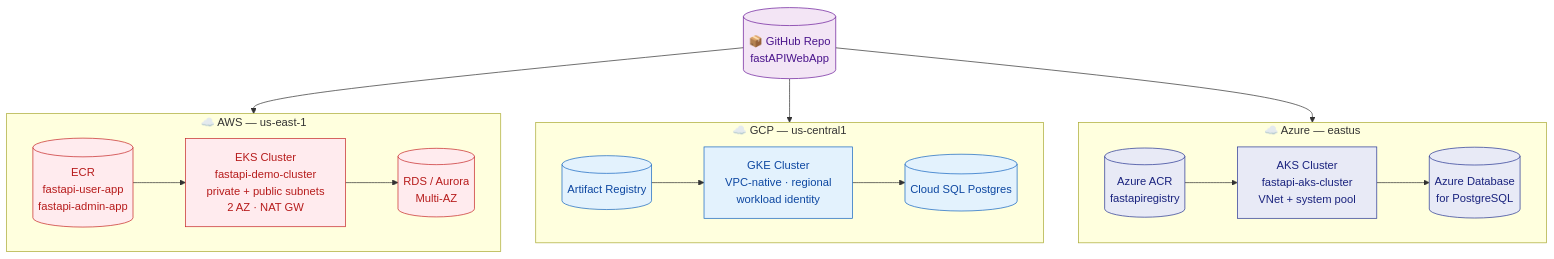
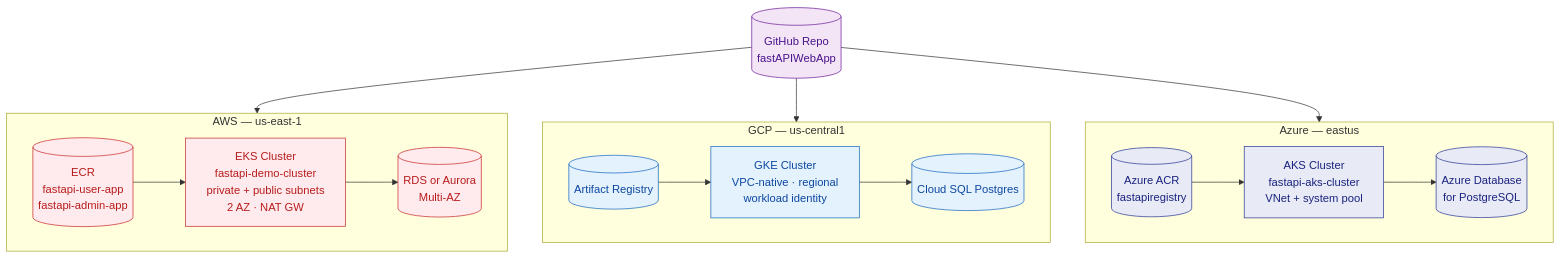
One commit to skondla/fastAPIWebApp changed the third of 13 diagrams in README.md. Above: the diagram before and after it, drawn with Mermaid. The commit also changed other lines of this file, not shown here.

````diff
--- a/README.md
+++ b/README.md
@@ -219,37 +219,37 @@
 ```mermaid
 flowchart TB
     classDef aws fill:#FFEBEE,stroke:#C62828,color:#B71C1C
     classDef gcp fill:#E3F2FD,stroke:#1565C0,color:#0D47A1
     classDef az  fill:#E8EAF6,stroke:#283593,color:#1A237E
     classDef gh  fill:#F3E5F5,stroke:#6A1B9A,color:#4A148C
 
-    GH[("📦 GitHub Repo<br/>fastAPIWebApp")]:::gh
+    GH[("GitHub Repo<br/>fastAPIWebApp")]:::gh
 
     GH --> AWSP
     GH --> GCPP
     GH --> AZP
 
-    subgraph AWSP["☁️ AWS — us-east-1"]
-        ECR[(ECR<br/>fastapi-user-app<br/>fastapi-admin-app)]:::aws
-        EKS[EKS Cluster<br/>fastapi-demo-cluster<br/>private + public subnets<br/>2 AZ · NAT GW]:::aws
-        AWSRDS[(RDS / Aurora<br/>Multi-AZ)]:::aws
+    subgraph AWSP["AWS — us-east-1"]
+        ECR[("ECR<br/>fastapi-user-app<br/>fastapi-admin-app")]:::aws
+        EKS["EKS Cluster<br/>fastapi-demo-cluster<br/>private + public subnets<br/>2 AZ · NAT GW"]:::aws
+        AWSRDS[("RDS or Aurora<br/>Multi-AZ")]:::aws
         ECR --> EKS
         EKS --> AWSRDS
     end
 
-    subgraph GCPP["☁️ GCP — us-central1"]
-        GCR[(Artifact Registry)]:::gcp
-        GKE[GKE Cluster<br/>VPC-native · regional<br/>workload identity]:::gcp
-        CSQL[(Cloud SQL Postgres)]:::gcp
+    subgraph GCPP["GCP — us-central1"]
+        GCR[("Artifact Registry")]:::gcp
+        GKE["GKE Cluster<br/>VPC-native · regional<br/>workload identity"]:::gcp
+        CSQL[("Cloud SQL Postgres")]:::gcp
         GCR --> GKE
         GKE --> CSQL
     end
 
-    subgraph AZP["☁️ Azure — eastus"]
-        ACR[(Azure ACR<br/>fastapiregistry)]:::az
-        AKS[AKS Cluster<br/>fastapi-aks-cluster<br/>VNet + system pool]:::az
-        AZDB[(Azure Database<br/>for PostgreSQL)]:::az
+    subgraph AZP["Azure — eastus"]
+        ACR[("Azure ACR<br/>fastapiregistry")]:::az
+        AKS["AKS Cluster<br/>fastapi-aks-cluster<br/>VNet + system pool"]:::az
+        AZDB[("Azure Database<br/>for PostgreSQL")]:::az
         ACR --> AKS
         AKS --> AZDB
     end
 ```
````
